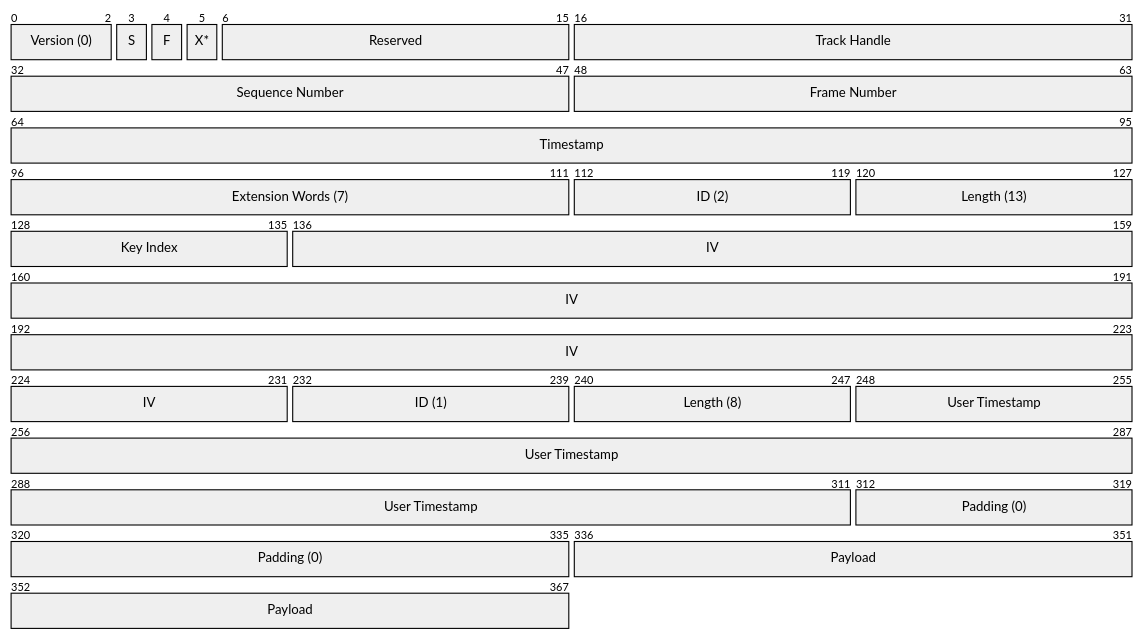
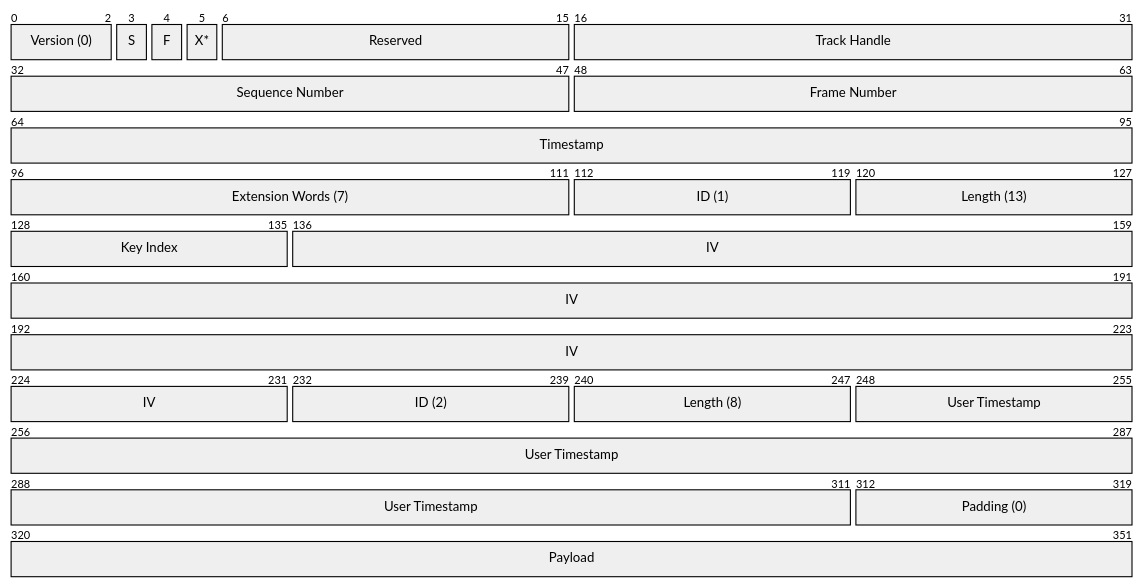
The second of 2 diagrams in livekit-datatrack/docs/packet-v0.md (livekit/rust-sdks), drawn with Mermaid before and after one commit. The commit also changed other lines of this file, not shown here.

````diff
--- a/livekit-datatrack/docs/packet-v0.md
+++ b/livekit-datatrack/docs/packet-v0.md
@@ -87,31 +87,31 @@
 ```mermaid
 packet
 %% Base header
 +3: "Version (0)"
 +1: "S"
 +1: "F"
 +1: "X*" %% Set
 +10: "Reserved"
 +16: "Track Handle"
 +16: "Sequence Number"
 +16: "Frame Number"
 +32: "Timestamp"
 
 +16: "Extension Words (7)"
 
 %% E2EE extension
-+8: "ID (2)"
++8: "ID (1)"
 +8: "Length (13)"
 +8: "Key Index"
 +96: "IV"
 
 %% User timestamp extension
-+8: "ID (1)"
++8: "ID (2)"
 +8: "Length (8)"
 +64: "User Timestamp"
 
-+24: "Padding (0)"
++8: "Padding (0)"
 
 %% Payload
 + 32: "Payload"
 ```
````
